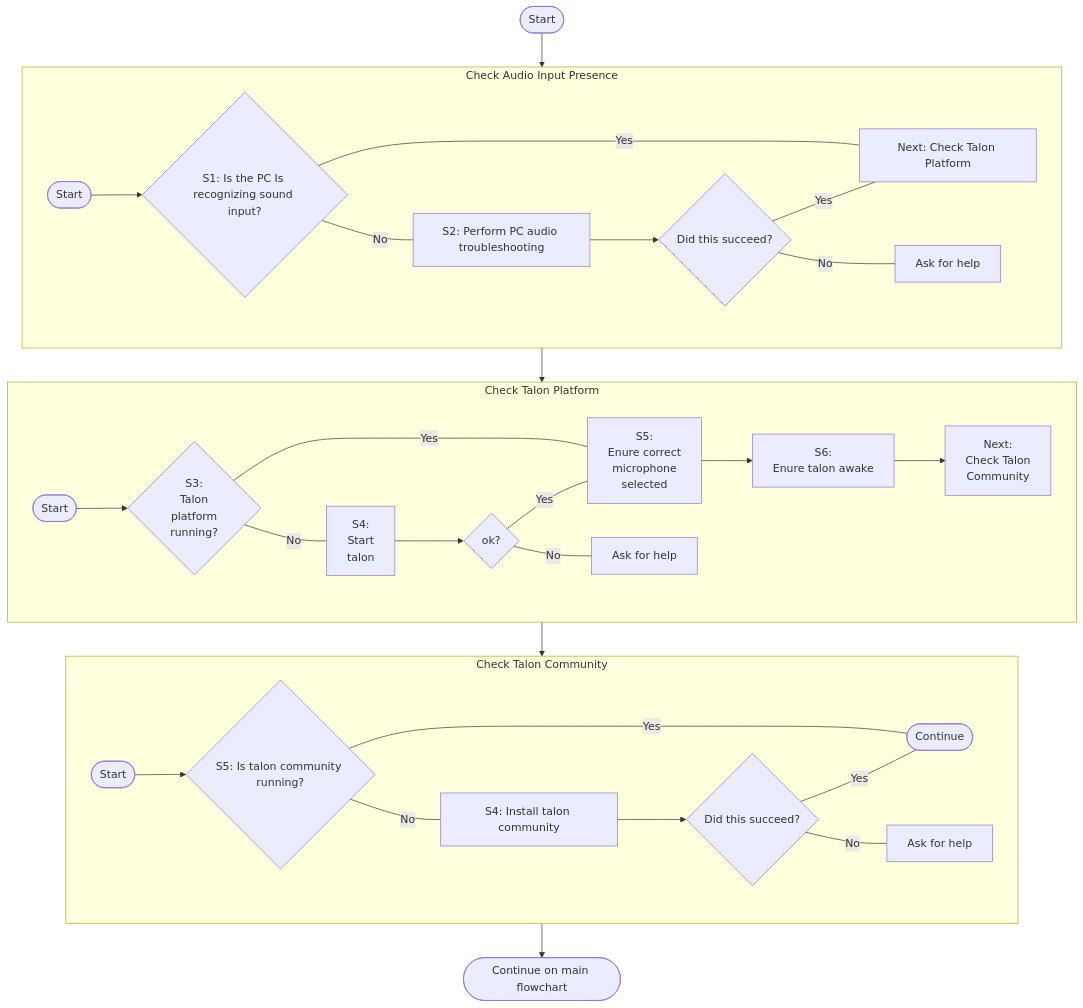
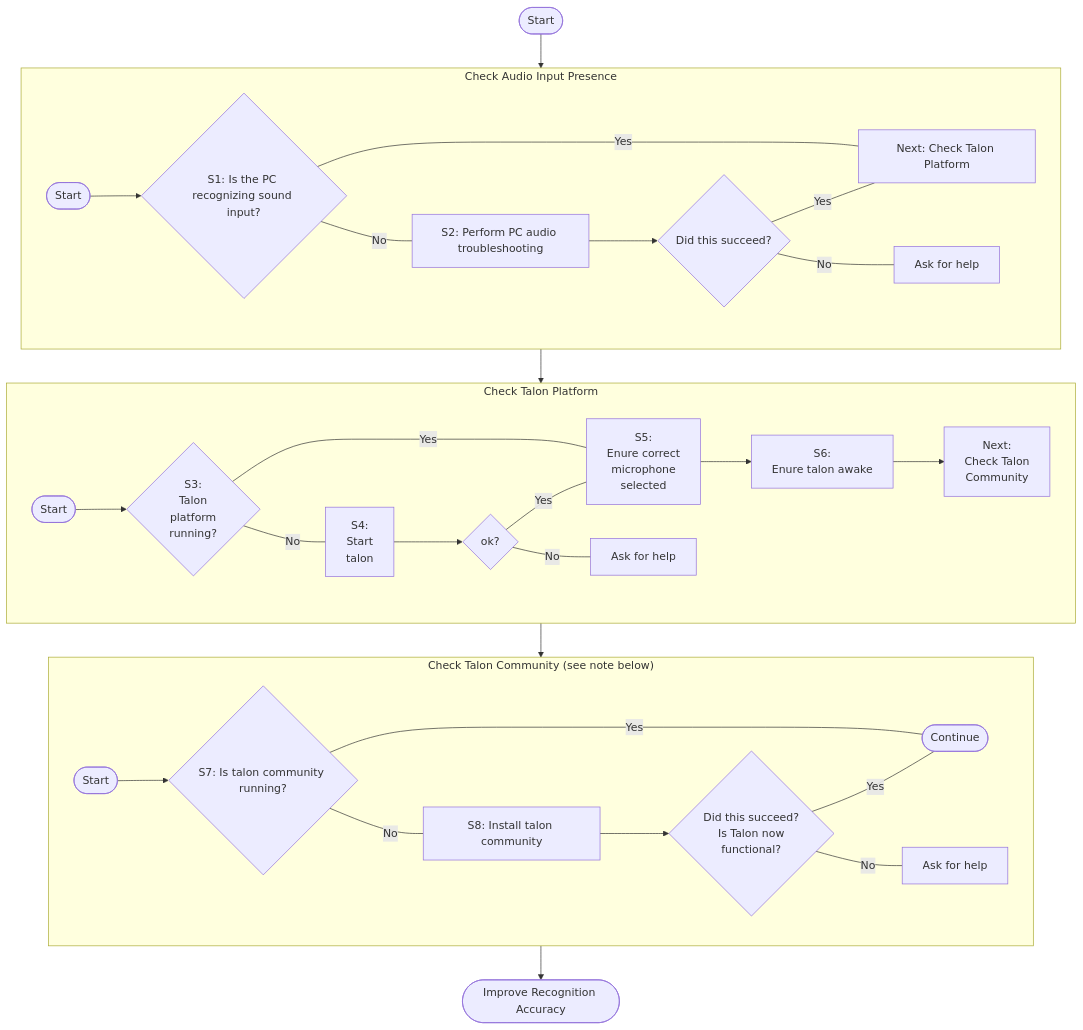
The diagram in docs/Resource Hub/Troubleshooting/basic-issues.md (TalonCommunity/Wiki), drawn with Mermaid before and after one commit. The commit also changed other lines of this file and 2 other files, not shown here.

````diff
--- a/docs/Resource Hub/Troubleshooting/basic-issues.md
+++ b/docs/Resource Hub/Troubleshooting/basic-issues.md
@@ -89,7 +24,7 @@
         g1_start@{ shape: stadium, label: "Start"}
         g1_start-->g1_q1
 
-        g1_q1{S1: Is the PC Is recognizing sound input?}
+        g1_q1{S1: Is the PC recognizing sound input?}
         g1_q1-- No ---g1_step1
         g1_q1-- Yes ---g1_next
 
@@ -143,19 +78,21 @@
     end
     g2_talon_platform-->g3_talon_community
 
-    subgraph g3_talon_community["Check Talon Community"]
+    subgraph g3_talon_community["Check Talon Community (see note below)"]
         direction LR
         g3_start@{ shape: stadium, label: "Start"}
         g3_start-->g3_q1
 
-        g3_q1{S5: Is talon community running?}
+        g3_q1{S7: Is talon community running?}
         g3_q1-- No ---g3_step1
         g3_q1-- Yes ---next3
 
-        g3_step1[S4: Install talon community]
+        g3_step1[S8: Install talon community]
         g3_step1-->g3_q2
 
-        g3_q2{Did this succeed?}
+        g3_q2{Did this succeed?
+            Is Talon now 
+            functional?}
         g3_q2-- No ---g3_ask_for_help
         g3_q2-- Yes ---next3
 
@@ -164,5 +101,5 @@
     end
 
     g3_talon_community-->continue
-    continue@{ shape: stadium, label: "Continue on main flowchart"}
+    continue@{ shape: stadium, label: "Improve Recognition Accuracy"}
 ```
````
